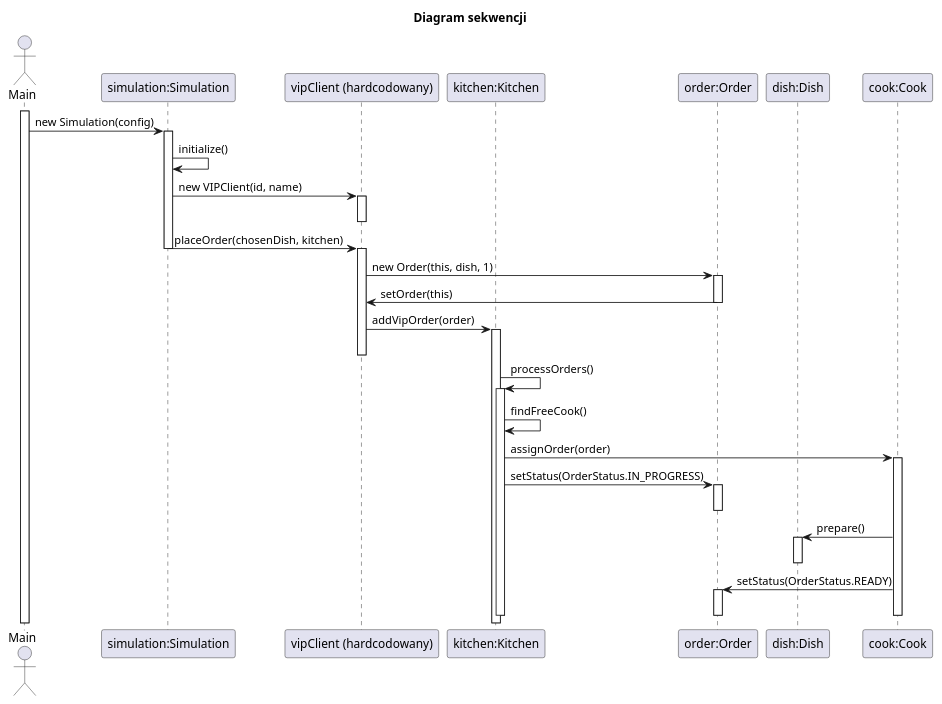
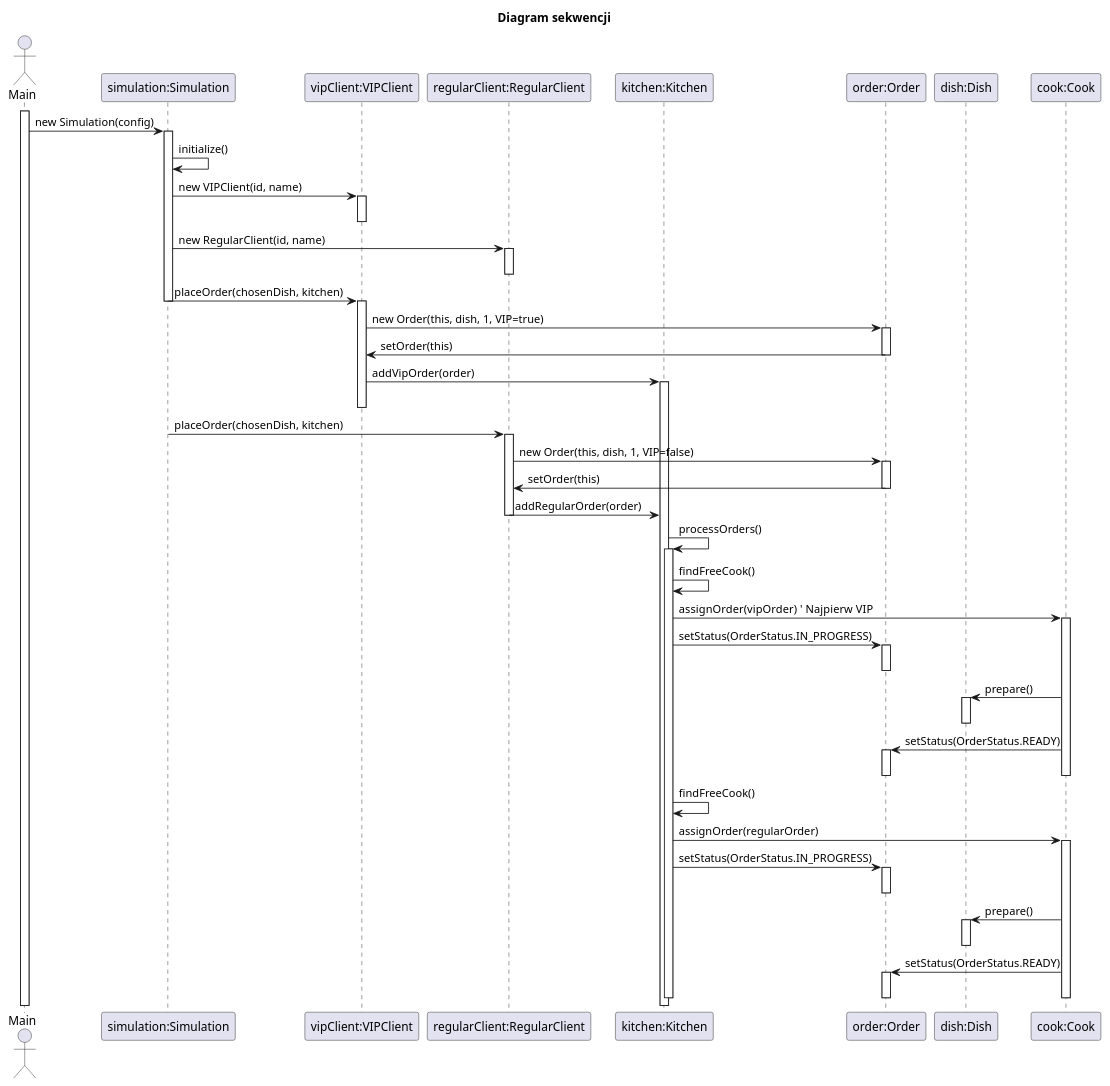
One commit to 0w0jc1k/projekt-kuchnia changed the diagram in src/diagramsekwencji.puml. Above: the diagram before and after it, drawn with PlantUML. The commit also changed 3 other files, not shown here.

```diff
--- a/src/diagramsekwencji.puml
+++ b/src/diagramsekwencji.puml
@@ -1,53 +1,90 @@
 @startuml
 title Diagram sekwencji
 
 actor "Main" as Main
 participant "simulation:Simulation" as Simulation
-participant "vipClient (hardcodowany)" as VIPClient
+participant "vipClient:VIPClient" as VIPClient
+participant "regularClient:RegularClient" as RegularClient
 participant "kitchen:Kitchen" as Kitchen
 participant "order:Order" as Order
 participant "dish:Dish" as Dish
 participant "cook:Cook" as Cook
 
 activate Main
 Main -> Simulation : new Simulation(config)
 activate Simulation
 Simulation -> Simulation : initialize()
 
+
 Simulation -> VIPClient : new VIPClient(id, name)
 activate VIPClient
 deactivate VIPClient
+
+Simulation -> RegularClient : new RegularClient(id, name)
+activate RegularClient
+deactivate RegularClient
+
 
 Simulation -> VIPClient : placeOrder(chosenDish, kitchen)
 deactivate Simulation
 
 activate VIPClient
-VIPClient -> Order : new Order(this, dish, 1)
+VIPClient -> Order : new Order(this, dish, 1, VIP=true)
 activate Order
 Order -> VIPClient : setOrder(this)
 deactivate Order
 
 VIPClient -> Kitchen : addVipOrder(order)
 activate Kitchen
 deactivate VIPClient
 
+
+Simulation -> RegularClient : placeOrder(chosenDish, kitchen)
+activate RegularClient
+RegularClient -> Order : new Order(this, dish, 1, VIP=false)
+activate Order
+Order -> RegularClient : setOrder(this)
+deactivate Order
+
+RegularClient -> Kitchen : addRegularOrder(order)
+deactivate RegularClient
+
+
 Kitchen -> Kitchen : processOrders()
 activate Kitchen
 Kitchen -> Kitchen : findFreeCook()
-Kitchen -> Cook : assignOrder(order)
+Kitchen -> Cook : assignOrder(vipOrder)  ' Najpierw VIP
+activate Cook
+
+Kitchen -> Order : setStatus(OrderStatus.IN_PROGRESS)
+activate Order
+deactivate Order
+
+Cook -> Dish : prepare()
+activate Dish
+deactivate Dish
+
+Cook -> Order : setStatus(OrderStatus.READY)
+activate Order
+deactivate Order
+deactivate Cook
+
+
+Kitchen -> Kitchen : findFreeCook()
+Kitchen -> Cook : assignOrder(regularOrder)
 activate Cook
 
 Kitchen -> Order : setStatus(OrderStatus.IN_PROGRESS)
 activate Order
 deactivate Order
 
 Cook -> Dish : prepare()
 activate Dish
 deactivate Dish
 
 Cook -> Order : setStatus(OrderStatus.READY)
 activate Order
 deactivate Order
 deactivate Cook
 deactivate Kitchen
 @enduml
```
